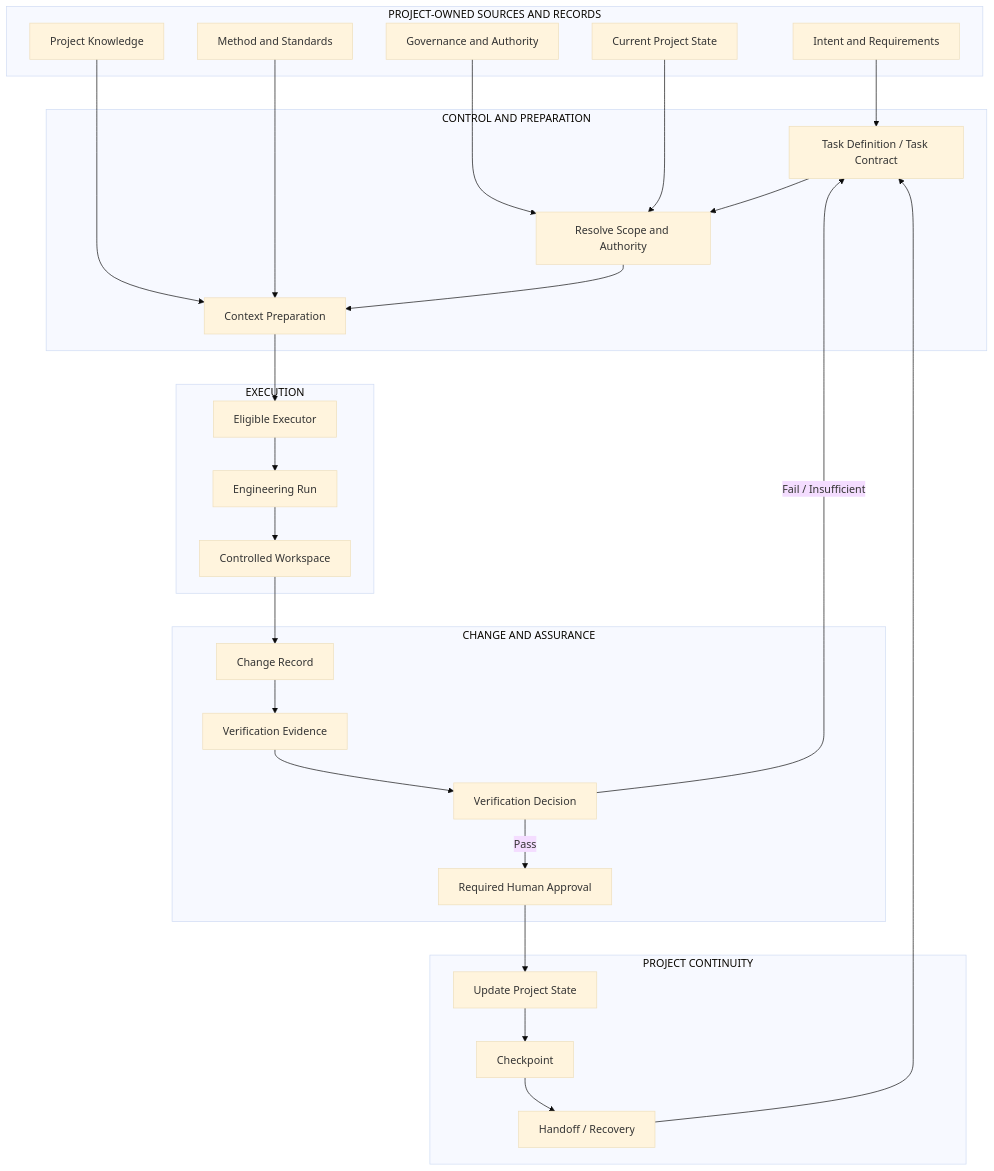
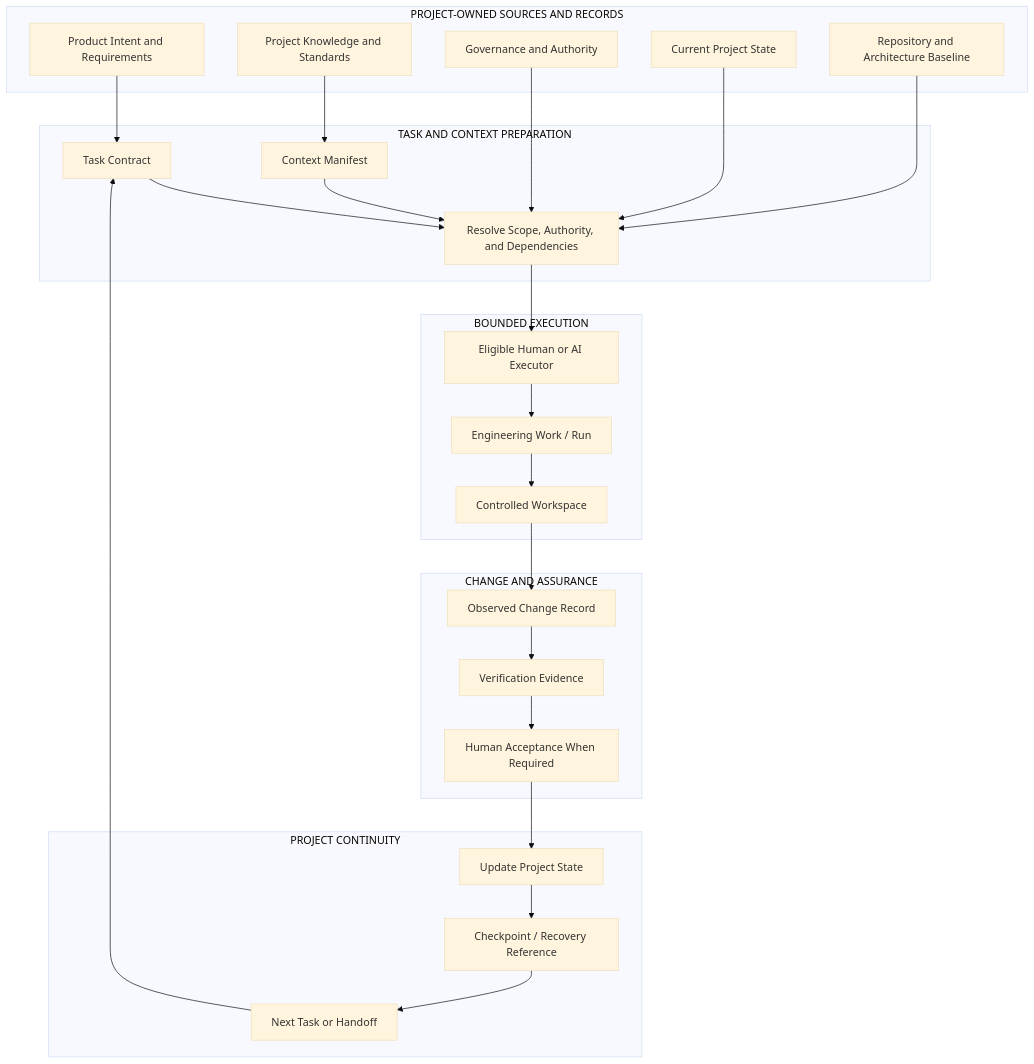
One commit to donghp/beyond-vibe-coding changed the first of 4 diagrams in docs/architecture.md. Above: the diagram before and after it, drawn with Mermaid (base theme). The commit also changed other lines of this file, not shown here.

````diff
--- a/docs/architecture.md
+++ b/docs/architecture.md
@@ -41,55 +49,52 @@
 ```mermaid
 flowchart TB
     subgraph PROJECT["PROJECT-OWNED SOURCES AND RECORDS"]
-        INTENT["Intent and Requirements"]
-        KNOW["Project Knowledge"]
+        INTENT["Product Intent and Requirements"]
+        KNOW["Project Knowledge and Standards"]
         GOV["Governance and Authority"]
         STATE["Current Project State"]
-        STD["Method and Standards"]
+        BASE["Repository and Architecture Baseline"]
     end
 
-    subgraph CONTROL["CONTROL AND PREPARATION"]
-        TASK["Task Definition / Task Contract"]
-        RESOLVE["Resolve Scope and Authority"]
-        CONTEXT["Context Preparation"]
+    subgraph PREP["TASK AND CONTEXT PREPARATION"]
+        TASK["Task Contract"]
+        CTX["Context Manifest"]
+        RESOLVE["Resolve Scope, Authority, and Dependencies"]
     end
 
-    subgraph EXEC["EXECUTION"]
-        ELIGIBLE["Eligible Executor"]
-        RUN["Engineering Run"]
-        LOCK["Controlled Workspace"]
+    subgraph EXEC["BOUNDED EXECUTION"]
+        ELIGIBLE["Eligible Human or AI Executor"]
+        RUN["Engineering Work / Run"]
+        WORKSPACE["Controlled Workspace"]
     end
 
     subgraph ASSURANCE["CHANGE AND ASSURANCE"]
-        CHANGE["Change Record"]
+        CHANGE["Observed Change Record"]
         EVIDENCE["Verification Evidence"]
-        VERIFY["Verification Decision"]
-        APPROVE["Required Human Approval"]
+        REVIEW["Human Acceptance When Required"]
     end
 
     subgraph CONTINUITY["PROJECT CONTINUITY"]
         UPDATE["Update Project State"]
-        CHECKPOINT["Checkpoint"]
-        HANDOFF["Handoff / Recovery"]
+        CHECKPOINT["Checkpoint / Recovery Reference"]
+        NEXT["Next Task or Handoff"]
     end
 
     INTENT --> TASK
-    KNOW --> CONTEXT
     GOV --> RESOLVE
+    BASE --> RESOLVE
+    KNOW --> CTX
     STATE --> RESOLVE
-    STD --> CONTEXT
     TASK --> RESOLVE
-    RESOLVE --> CONTEXT
-    CONTEXT --> ELIGIBLE
+    CTX --> RESOLVE
+    RESOLVE --> ELIGIBLE
     ELIGIBLE --> RUN
-    RUN --> LOCK
-    LOCK --> CHANGE
+    RUN --> WORKSPACE
+    WORKSPACE --> CHANGE
     CHANGE --> EVIDENCE
-    EVIDENCE --> VERIFY
-    VERIFY -->|"Pass"| APPROVE
-    VERIFY -->|"Fail / Insufficient"| TASK
-    APPROVE --> UPDATE
+    EVIDENCE --> REVIEW
+    REVIEW --> UPDATE
     UPDATE --> CHECKPOINT
-    CHECKPOINT --> HANDOFF
-    HANDOFF --> TASK
+    CHECKPOINT --> NEXT
+    NEXT --> TASK
 ```
````
